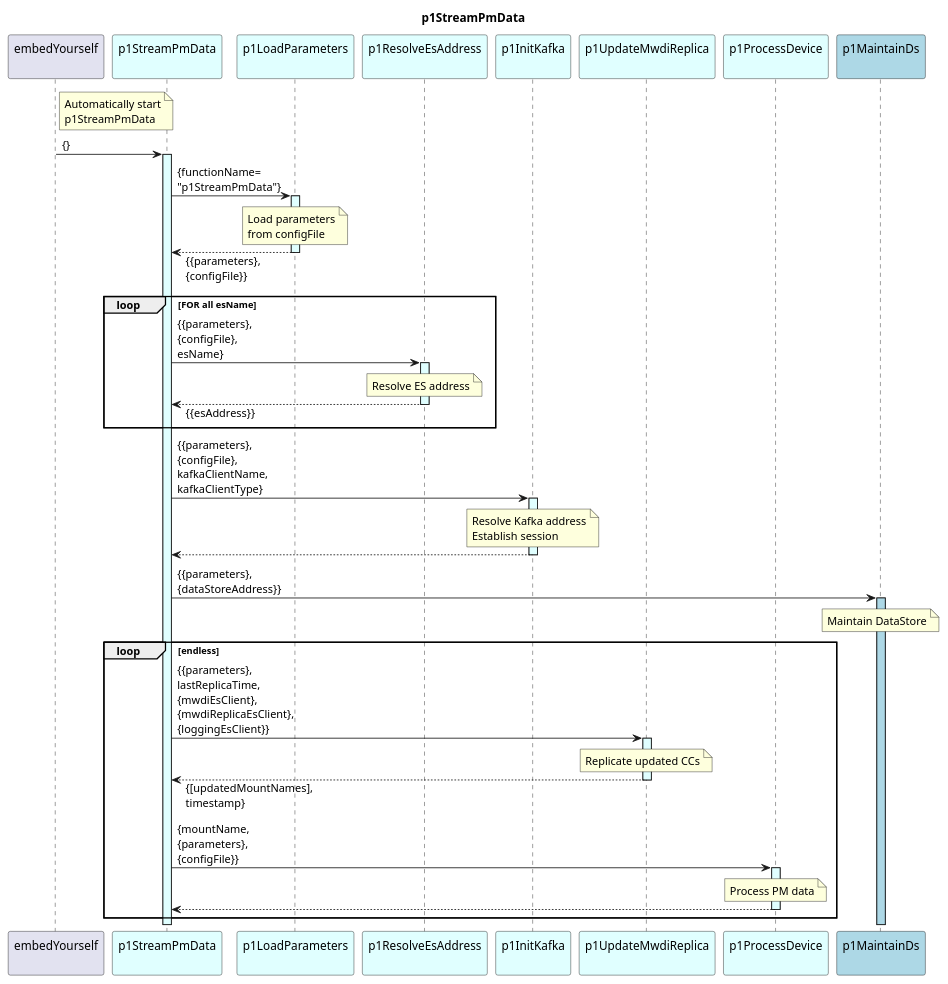
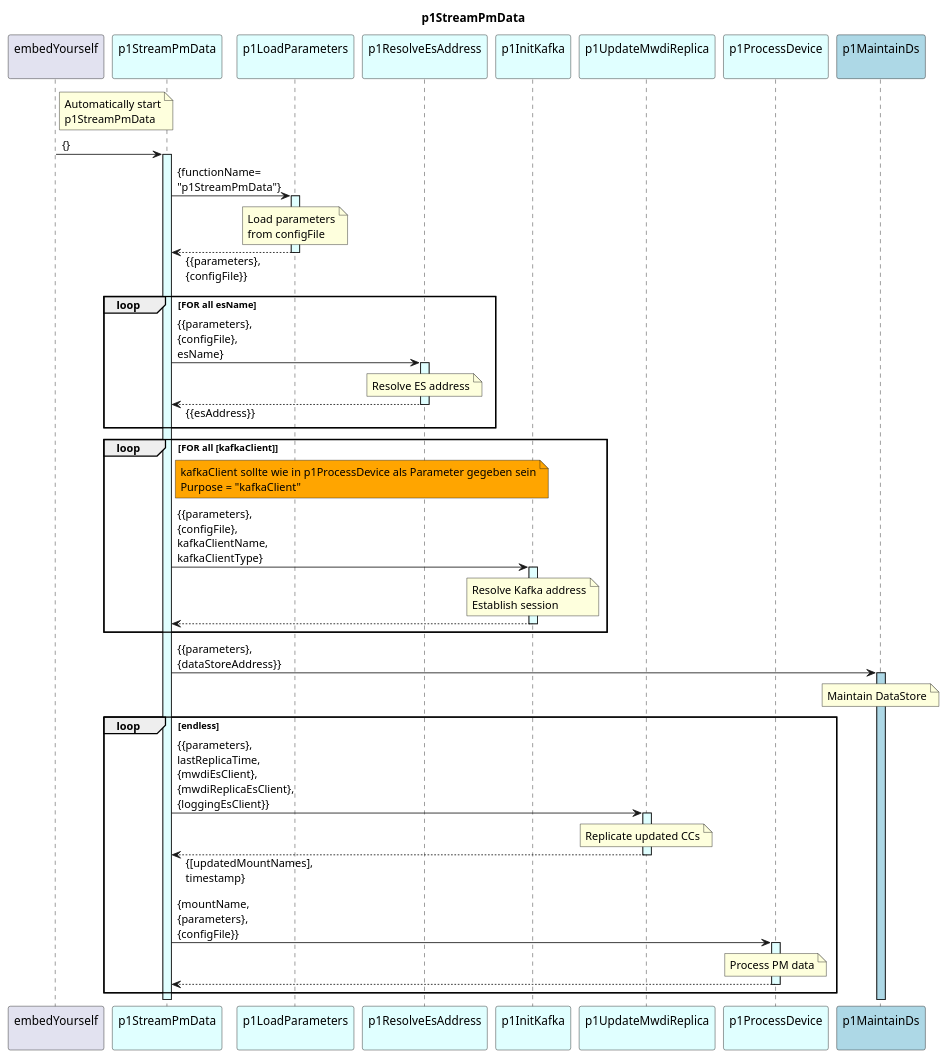
One commit to openBackhaul/DevicePerformanceManagementDataProcessor changed the diagram in spec/Functions/specificFunctions/p1StreamPmData/1.0.0/p1StreamPmData.plantuml. Above: the diagram before and after it, drawn with PlantUML. The commit also changed 2 other files, not shown here.

Commit message:
Ideen zu p1InitiKafka

```diff
--- a/spec/Functions/specificFunctions/p1StreamPmData/1.0.0/p1StreamPmData.plantuml
+++ b/spec/Functions/specificFunctions/p1StreamPmData/1.0.0/p1StreamPmData.plantuml
@@ -1,80 +1,89 @@
 @startuml p1StreamPmData
 skinparam responseMessageBelowArrow true
 
 title
   p1StreamPmData
 end title
 
 participant "embedYourself\n" as embed
 participant "p1StreamPmData\n" as p1RMWDI #LightCyan
 participant "p1LoadParameters\n" as p1LP #LightCyan
 participant "p1ResolveEsAddress\n" as p1REA #LightCyan
 participant "p1InitKafka\n" as p1InitKafka #LightCyan
 participant "p1UpdateMwdiReplica\n" as p1UMR #LightCyan
 participant "p1ProcessDevice\n" as p1ProcessPm #LightCyan
 participant "p1MaintainDs\n" as p1MDS #LightBlue
 
 note right embed
   Automatically start
   p1StreamPmData
 end note
 embed -> p1RMWDI : {}
 activate p1RMWDI #LightCyan
 
   p1RMWDI -> p1LP : {functionName=\n"p1StreamPmData"}
   activate p1LP #LightCyan
     note over p1LP
       Load parameters
       from configFile
     end note
   p1RMWDI <-- p1LP : {{parameters},\n{configFile}}
   deactivate p1LP
 
   Loop FOR all esName
     p1RMWDI -> p1REA : {{parameters},\n{configFile},\nesName}
     activate p1REA #LightCyan
       note over p1REA
         Resolve ES address
       end note
     p1RMWDI <-- p1REA : {{esAddress}}
     deactivate p1REA
   end Loop
 
-  p1RMWDI -> p1InitKafka : {{parameters},\n{configFile},\nkafkaClientName,\nkafkaClientType}
-  activate p1InitKafka #LightCyan
+  loop FOR all [kafkaClient]
 
-    note over p1InitKafka
-      Resolve Kafka address
-      Establish session
+    note right p1RMWDI #Orange
+      kafkaClient sollte wie in p1ProcessDevice als Parameter gegeben sein
+      Purpose = "kafkaClient"
     end note
 
-  p1RMWDI <-- p1InitKafka
-  deactivate p1InitKafka
+    p1RMWDI -> p1InitKafka : {{parameters},\n{configFile},\nkafkaClientName,\nkafkaClientType}
+    activate p1InitKafka #LightCyan
+
+      note over p1InitKafka
+        Resolve Kafka address
+        Establish session
+      end note
+
+    p1RMWDI <-- p1InitKafka
+    deactivate p1InitKafka
+
+  end loop
 
   p1RMWDI -> p1MDS : {{parameters},\n{dataStoreAddress}}
   activate p1MDS #LightBlue
     note over p1MDS
       Maintain DataStore
     end note
 
   Loop endless
 
     p1RMWDI -> p1UMR : {{parameters},\nlastReplicaTime,\n{mwdiEsClient},\n{mwdiReplicaEsClient},\n{loggingEsClient}}
     activate p1UMR #LightCyan
       note over p1UMR
         Replicate updated CCs
       end note
     p1RMWDI <-- p1UMR : {[updatedMountNames],\ntimestamp}
     deactivate p1UMR
 
     p1RMWDI -> p1ProcessPm : {mountName,\n{parameters},\n{configFile}}
     activate p1ProcessPm #LightCyan
       note over p1ProcessPm
         Process PM data
       end note
     p1RMWDI <-- p1ProcessPm
     deactivate p1ProcessPm
 
   end Loop
 
 @enduml
```
